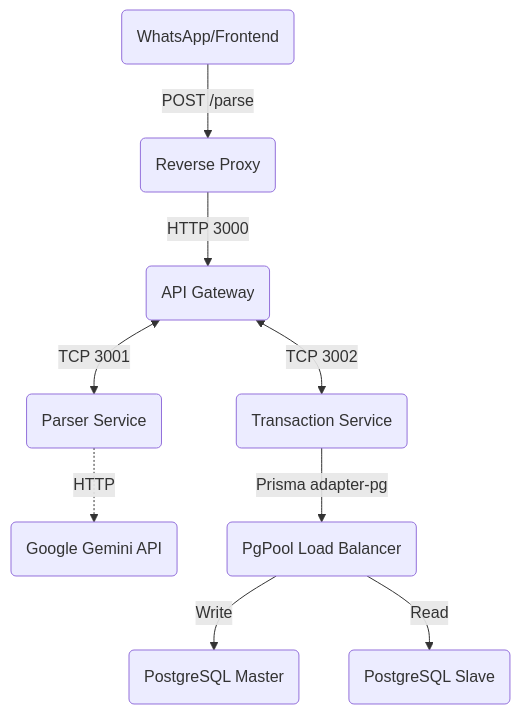
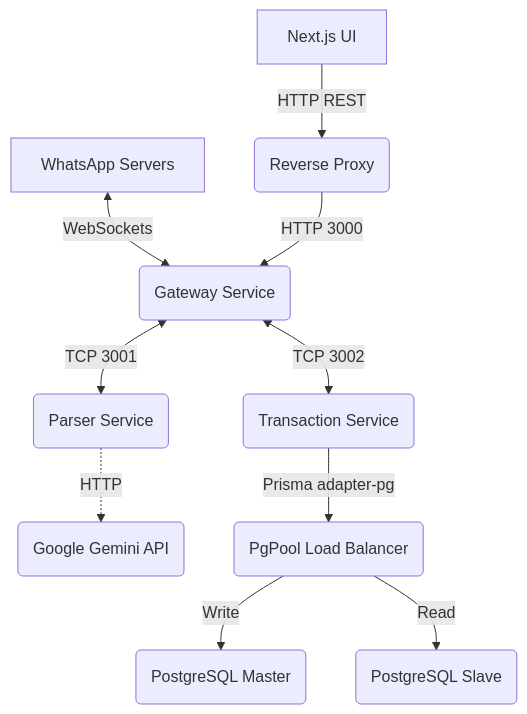
One commit to Kne34/WhatsMonTrack changed the diagram in README.md. Above: the diagram before and after it, drawn with Mermaid. The commit also changed other lines of this file, not shown here.

Commit message:
docs(readme): document Phase 5 and Phase 6 architecture changes

````diff
--- a/README.md
+++ b/README.md
@@ -16,14 +17,15 @@
 ```mermaid
 graph TD
-    User(WhatsApp/Frontend) -->|POST /parse| Nginx(Reverse Proxy)
-    Nginx -->|HTTP 3000| Gateway(API Gateway)
+    WA[WhatsApp Servers] <-->|WebSockets| Gateway(Gateway Service)
+    Frontend[Next.js UI] -->|HTTP REST| Nginx(Reverse Proxy)
+    Nginx -->|HTTP 3000| Gateway
     
     Gateway <-->|TCP 3001| Parser(Parser Service)
     Gateway <-->|TCP 3002| Transaction(Transaction Service)
     
     Parser -.->|HTTP| Gemini(Google Gemini API)
     
     Transaction -->|Prisma adapter-pg| PgPool(PgPool Load Balancer)
     PgPool -->|Write| Master(PostgreSQL Master)
     PgPool -->|Read| Slave(PostgreSQL Slave)
 ```
````
